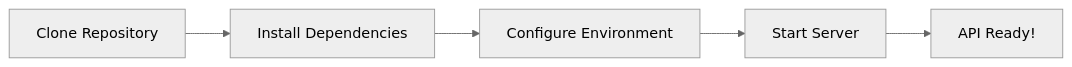
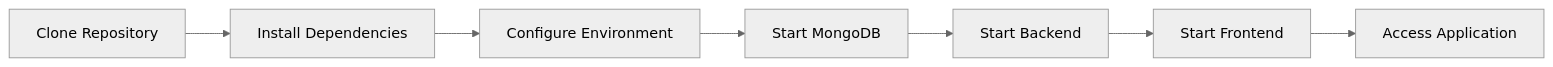
One commit to SrinjoyeeDey/SafePathAI-AI-Powered-Safety-Assistance-App changed the third of 4 diagrams in README.md. Above: the diagram before and after it, drawn with Mermaid (neutral theme). The commit also changed other lines of this file and 3 other files, not shown here.

````diff
--- a/README.md
+++ b/README.md
@@ -278,7 +808,9 @@
 ```mermaid
 graph LR
     A[Clone Repository] --> B[Install Dependencies]
     B --> C[Configure Environment]
-    C --> D[Start Server]
-    D --> E[API Ready!]
+    C --> D[Start MongoDB]
+    D --> E[Start Backend]
+    E --> F[Start Frontend]
+    F --> G[Access Application]
 ```
````
